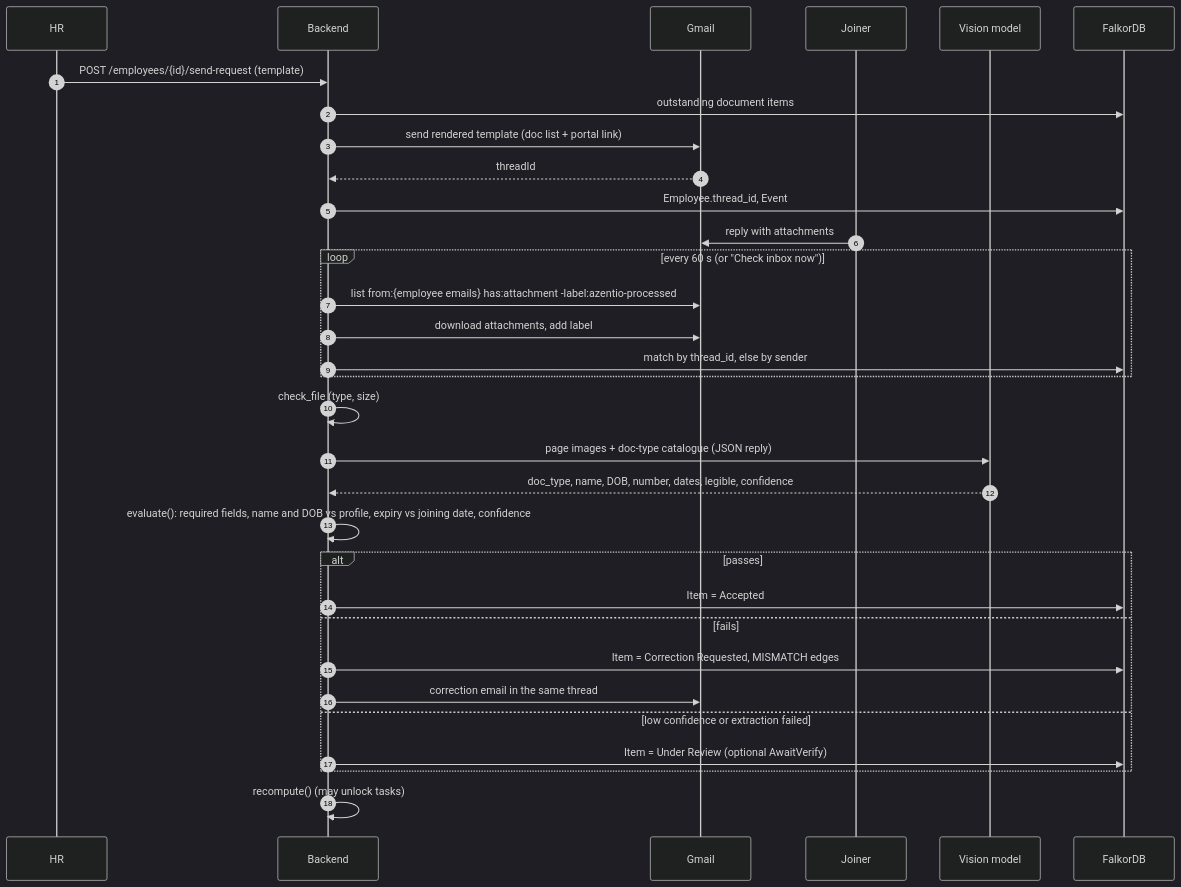
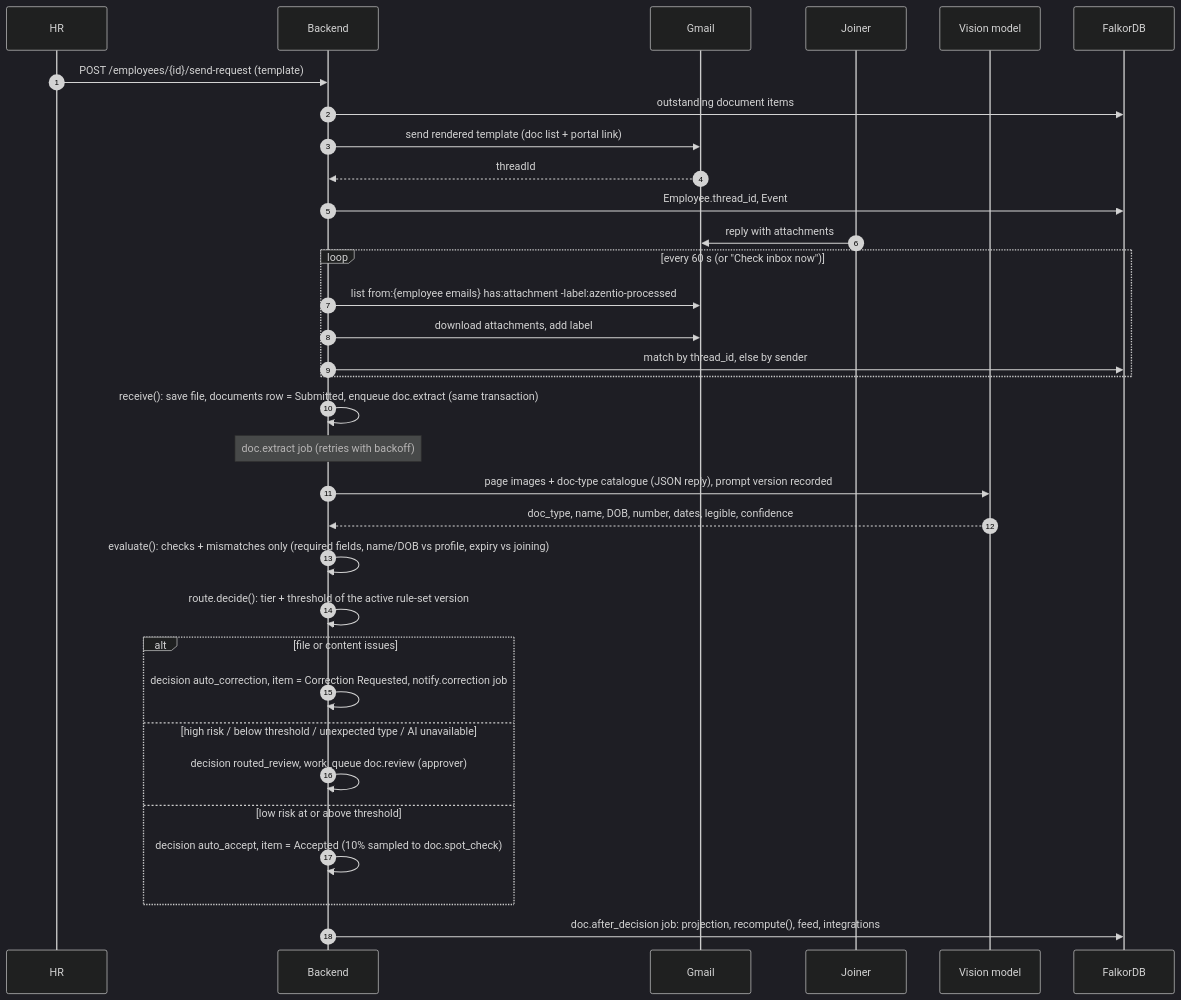
Before and after one commit to Prateek1771/azentio-hr: the fourth of 10 diagrams in docs/lld.md, drawn with Mermaid (dark theme). The commit also changed other lines of this file and 7 other files, not shown here.

````diff
--- a/docs/lld.md
+++ b/docs/lld.md
@@ -314,35 +317,36 @@
 ```mermaid
 sequenceDiagram
     autonumber
     participant HR
     participant BE as Backend
     participant GM as Gmail
     participant J as Joiner
     participant LLM as Vision model
     participant G as FalkorDB
 
     HR->>BE: POST /employees/{id}/send-request (template)
     BE->>G: outstanding document items
     BE->>GM: send rendered template (doc list + portal link)
     GM-->>BE: threadId
     BE->>G: Employee.thread_id, Event
     J->>GM: reply with attachments
     loop every 60 s (or "Check inbox now")
         BE->>GM: list from:{employee emails} has:attachment -label:azentio-processed
         BE->>GM: download attachments, add label
         BE->>G: match by thread_id, else by sender
     end
-    BE->>BE: check_file (type, size)
-    BE->>LLM: page images + doc-type catalogue (JSON reply)
+    BE->>BE: receive(): save file, documents row = Submitted, enqueue doc.extract (same transaction)
+    Note over BE: doc.extract job (retries with backoff)
+    BE->>LLM: page images + doc-type catalogue (JSON reply), prompt version recorded
     LLM-->>BE: doc_type, name, DOB, number, dates, legible, confidence
-    BE->>BE: evaluate(): required fields, name and DOB vs profile, expiry vs joining date, confidence
-    alt passes
-        BE->>G: Item = Accepted
-    else fails
-        BE->>G: Item = Correction Requested, MISMATCH edges
-        BE->>GM: correction email in the same thread
-    else low confidence or extraction failed
-        BE->>G: Item = Under Review (optional AwaitVerify)
+    BE->>BE: evaluate(): checks + mismatches only (required fields, name/DOB vs profile, expiry vs joining)
+    BE->>BE: route.decide(): tier + threshold of the active rule-set version
+    alt file or content issues
+        BE->>BE: decision auto_correction, item = Correction Requested, notify.correction job
+    else high risk / below threshold / unexpected type / AI unavailable
+        BE->>BE: decision routed_review, work_queue doc.review (approver)
+    else low risk at or above threshold
+        BE->>BE: decision auto_accept, item = Accepted (10% sampled to doc.spot_check)
     end
-    BE->>BE: recompute() (may unlock tasks)
+    BE->>G: doc.after_decision job: projection, recompute(), feed, integrations
 ```
````
